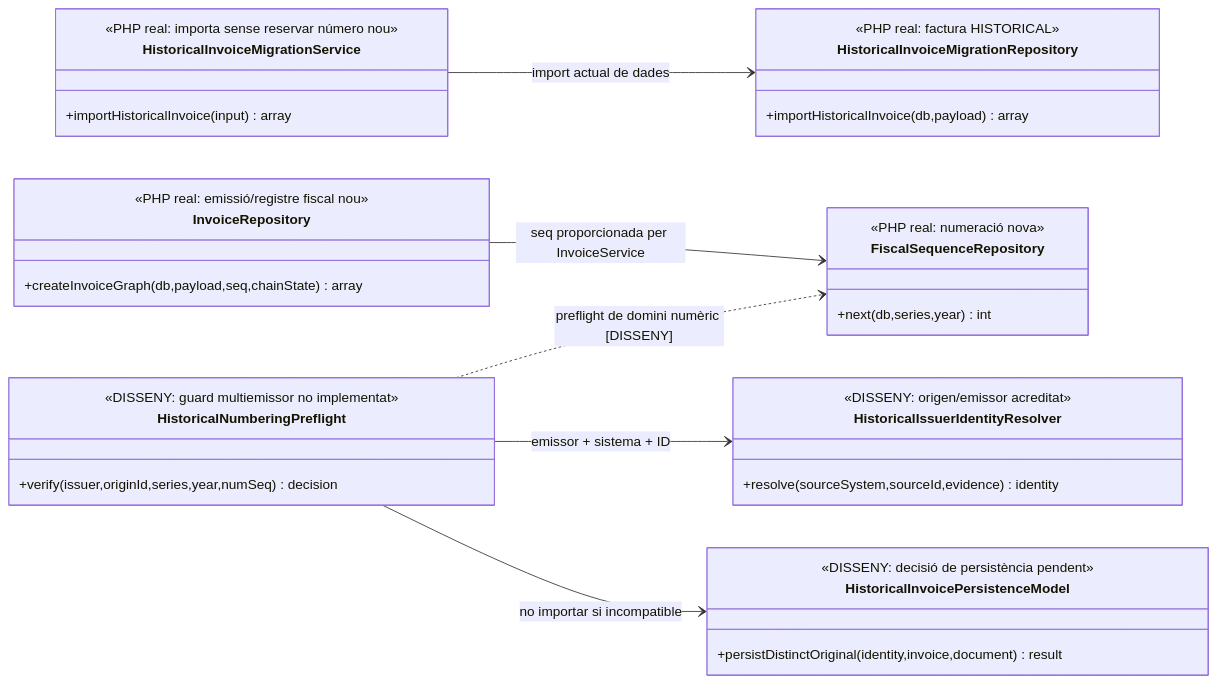
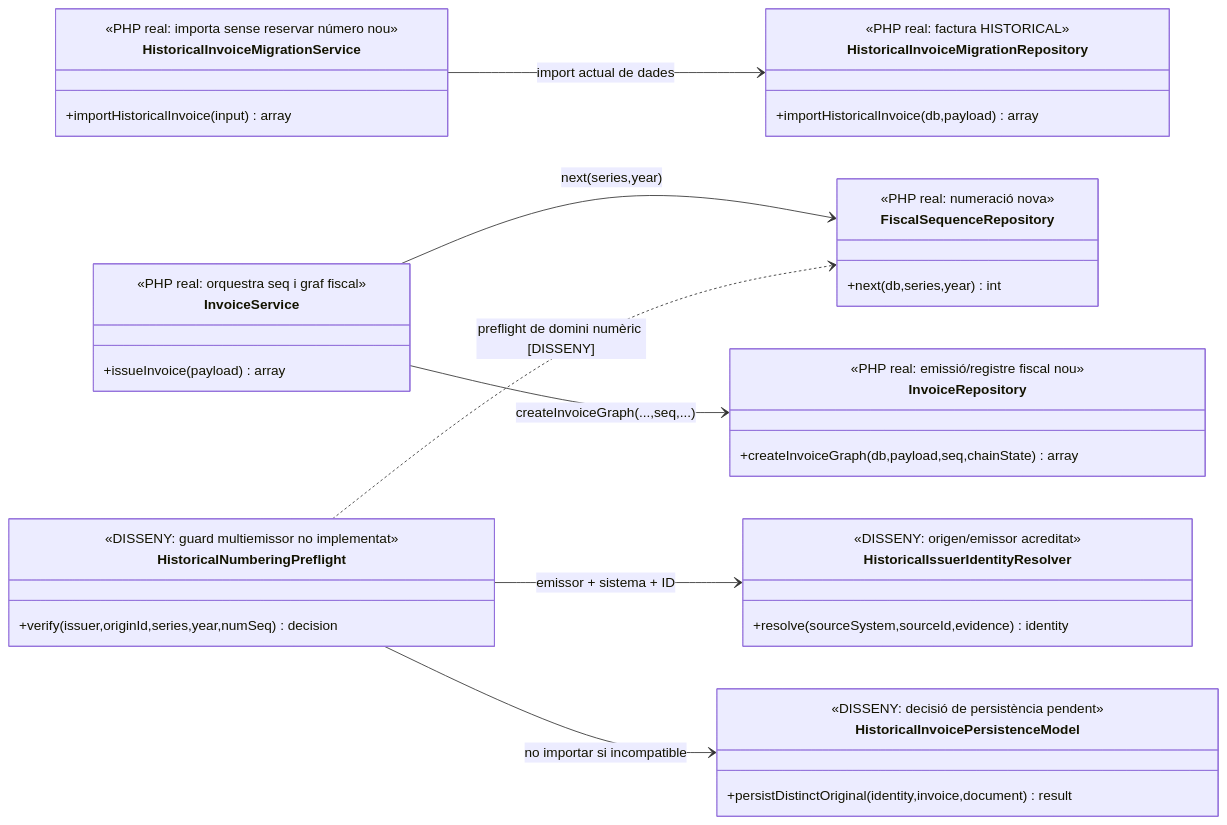
Diagram 13 of 13 in documentacio/07-uml-integrat/00-model-classes-general.md (orgmeriemprismacat-del/verifactu), drawn with Mermaid before and after one commit.

Commit message:
docs(uml): corregir relació de classes en numeració: InvoiceService orquestra seq i repositori

````diff
--- a/documentacio/07-uml-integrat/00-model-classes-general.md
+++ b/documentacio/07-uml-integrat/00-model-classes-general.md
@@ -675,37 +675,42 @@
 ```mermaid
 classDiagram
 direction LR
 class HistoricalInvoiceMigrationService {
  <<PHP real: importa sense reservar número nou>>
  +importHistoricalInvoice(input) array
 }
 class HistoricalInvoiceMigrationRepository {
  <<PHP real: factura HISTORICAL>>
  +importHistoricalInvoice(db,payload) array
 }
 class FiscalSequenceRepository {
  <<PHP real: numeració nova>>
  +next(db,series,year) int
 }
 class InvoiceRepository {
  <<PHP real: emissió/registre fiscal nou>>
  +createInvoiceGraph(db,payload,seq,chainState) array
 }
+class InvoiceService {
+ <<PHP real: orquestra seq i graf fiscal>>
+ +issueInvoice(payload) array
+}
 class HistoricalNumberingPreflight {
  <<DISSENY: guard multiemissor no implementat>>
  +verify(issuer,originId,series,year,numSeq) decision
 }
 class HistoricalIssuerIdentityResolver {
  <<DISSENY: origen/emissor acreditat>>
  +resolve(sourceSystem,sourceId,evidence) identity
 }
 class HistoricalInvoicePersistenceModel {
  <<DISSENY: decisió de persistència pendent>>
  +persistDistinctOriginal(identity,invoice,document) result
 }
 HistoricalInvoiceMigrationService --> HistoricalInvoiceMigrationRepository : import actual de dades
-InvoiceRepository --> FiscalSequenceRepository : seq proporcionada per InvoiceService
+InvoiceService --> FiscalSequenceRepository : next(series,year)
+InvoiceService --> InvoiceRepository : createInvoiceGraph(...,seq,...)
 HistoricalNumberingPreflight --> HistoricalIssuerIdentityResolver : emissor + sistema + ID
 HistoricalNumberingPreflight ..> FiscalSequenceRepository : preflight de domini numèric [DISSENY]
 HistoricalNumberingPreflight --> HistoricalInvoicePersistenceModel : no importar si incompatible
 ```
````
